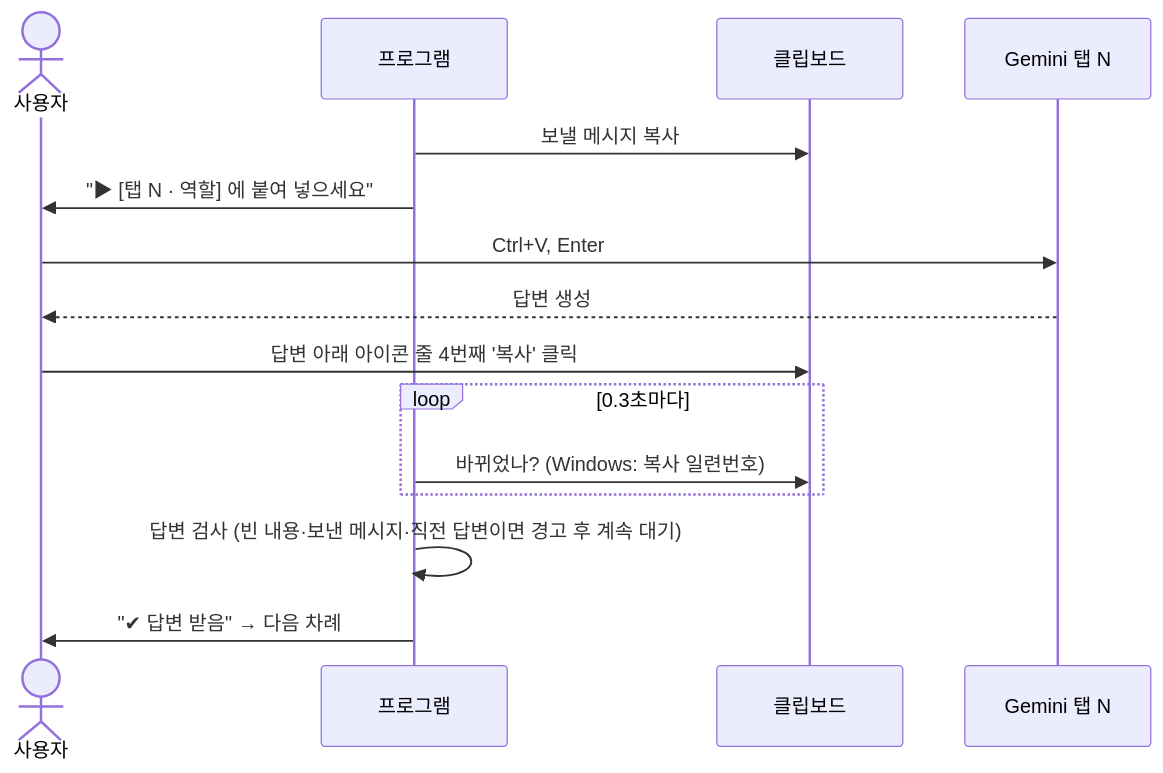
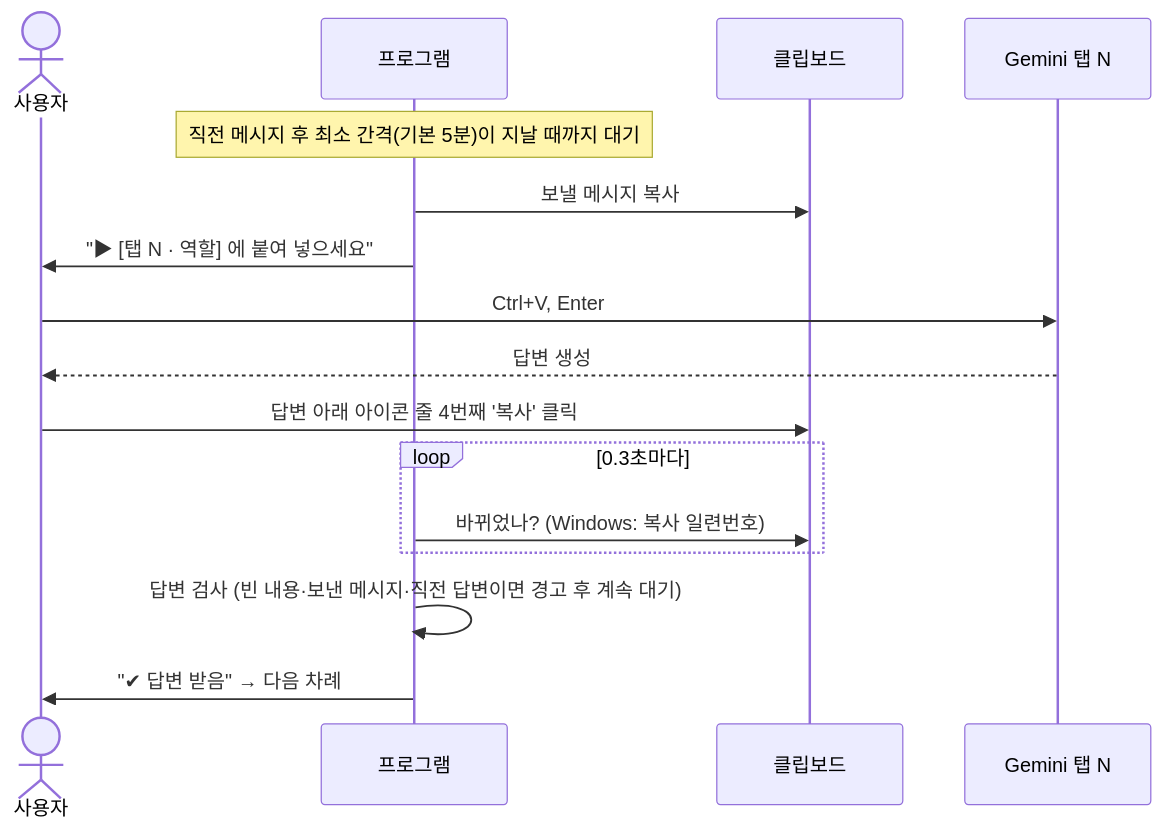
Before and after one commit to bobkim66-svg/ClaudeCode: the fourth of 4 diagrams in gemini_council/docs/PIPELINE.md, drawn with Mermaid. The commit also changed other lines of this file and 5 other files, not shown here.

````diff
--- a/gemini_council/docs/PIPELINE.md
+++ b/gemini_council/docs/PIPELINE.md
@@ -108,17 +108,18 @@
 ```mermaid
 sequenceDiagram
     actor 사용자
     participant 프로그램
+    Note over 프로그램: 직전 메시지 후 최소 간격(기본 5분)이 지날 때까지 대기
     participant 클립보드
     participant 탭 as Gemini 탭 N
     프로그램->>클립보드: 보낼 메시지 복사
     프로그램->>사용자: "▶ [탭 N · 역할] 에 붙여 넣으세요"
     사용자->>탭: Ctrl+V, Enter
     탭-->>사용자: 답변 생성
     사용자->>클립보드: 답변 아래 아이콘 줄 4번째 '복사' 클릭
     loop 0.3초마다
         프로그램->>클립보드: 바뀌었나? (Windows: 복사 일련번호)
     end
     프로그램->>프로그램: 답변 검사 (빈 내용·보낸 메시지·직전 답변이면 경고 후 계속 대기)
     프로그램->>사용자: "✔ 답변 받음" → 다음 차례
 ```
````
